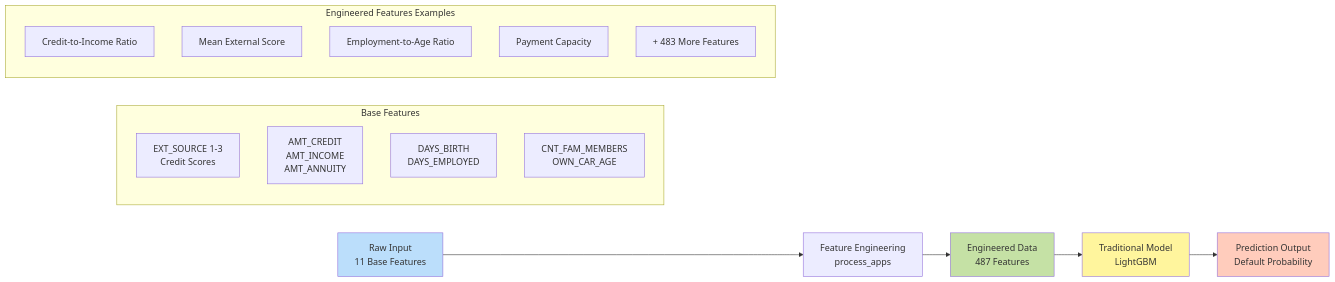
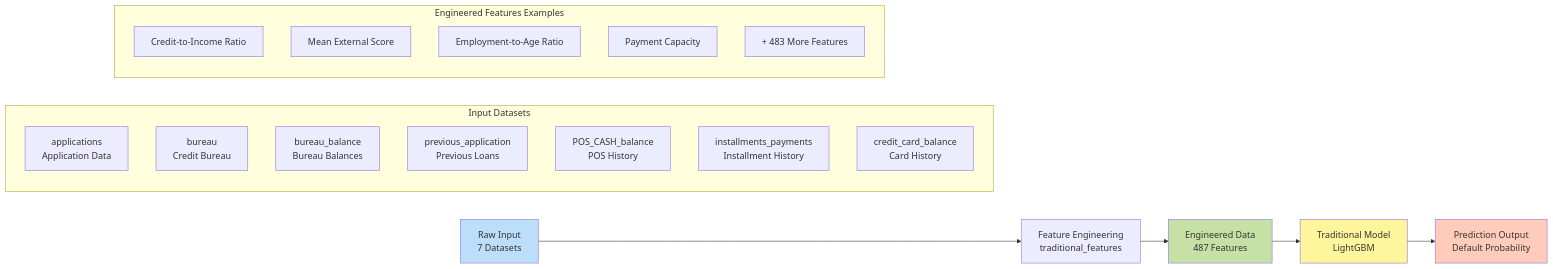
One commit to walterzenia/A-smart-Loan-default-hybrid-system changed the second of 22 diagrams in MODEL_ARCHITECTURE_FLOWCHART.md. Above: the diagram before and after it, drawn with Mermaid. The commit also changed other lines of this file and 14 other files, not shown here.

````diff
--- a/MODEL_ARCHITECTURE_FLOWCHART.md
+++ b/MODEL_ARCHITECTURE_FLOWCHART.md
@@ -40,27 +38,30 @@
 ```mermaid
 graph LR
-    A[Raw Input<br/>11 Base Features] --> B[Feature Engineering<br/>process_apps]
+    A[Raw Input<br/>7 Datasets] --> B[Feature Engineering<br/>traditional_features]
     B --> C[Engineered Data<br/>487 Features]
     C --> D[Traditional Model<br/>LightGBM]
     D --> E[Prediction Output<br/>Default Probability]
 
-    subgraph "Base Features"
-    A1[EXT_SOURCE 1-3<br/>Credit Scores]
-    A2[AMT_CREDIT<br/>AMT_INCOME<br/>AMT_ANNUITY]
-    A3[DAYS_BIRTH<br/>DAYS_EMPLOYED]
-    A4[CNT_FAM_MEMBERS<br/>OWN_CAR_AGE]
+    subgraph "Input Datasets"
+    A1[applications<br/>Application Data]
+    A2[bureau<br/>Credit Bureau]
+    A3[bureau_balance<br/>Bureau Balances]
+    A4[previous_application<br/>Previous Loans]
+    A5[POS_CASH_balance<br/>POS History]
+    A6[installments_payments<br/>Installment History]
+    A7[credit_card_balance<br/>Card History]
     end
 
     subgraph "Engineered Features Examples"
     C1[Credit-to-Income Ratio]
     C2[Mean External Score]
     C3[Employment-to-Age Ratio]
     C4[Payment Capacity]
     C5[+ 483 More Features]
     end
 
     style A fill:#bbdefb
     style C fill:#c5e1a5
     style D fill:#fff59d
     style E fill:#ffccbc
 ```
````
